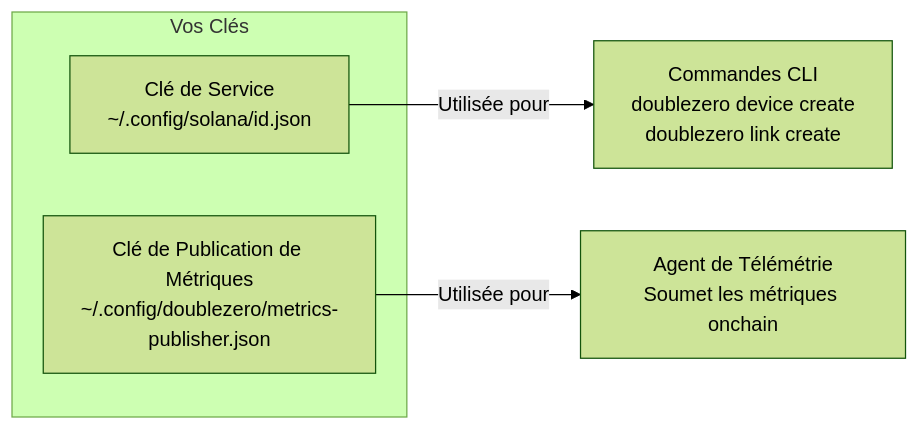
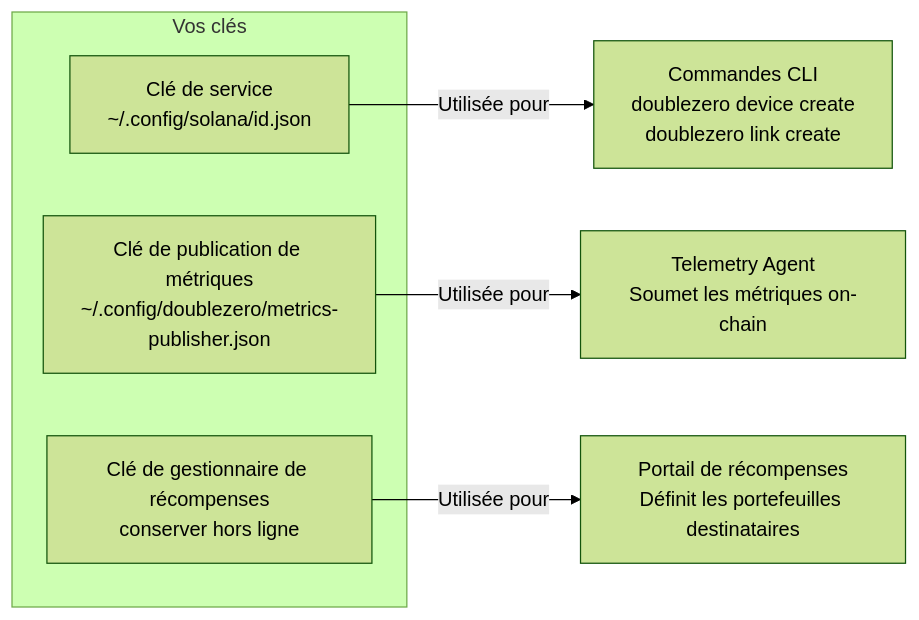
The fourth of 9 diagrams in docs/contribute-provisioning.fr.md (malbeclabs/docs), drawn with Mermaid (forest theme) before and after one commit. The commit also changed other lines of this file and 34 other files, not shown here.

````diff
--- a/docs/contribute-provisioning.fr.md
+++ b/docs/contribute-provisioning.fr.md
@@ -166,10 +208,12 @@
 ```mermaid
 flowchart LR
-    subgraph "Vos Clés"
-        SK[Clé de Service<br/>~/.config/solana/id.json]
-        MK[Clé de Publication de Métriques<br/>~/.config/doublezero/metrics-publisher.json]
+    subgraph "Vos clés"
+        SK[Clé de service<br/>~/.config/solana/id.json]
+        MK[Clé de publication de métriques<br/>~/.config/doublezero/metrics-publisher.json]
+        RK[Clé de gestionnaire de récompenses<br/>conserver hors ligne]
     end
 
     SK -->|Utilisée pour| CLI[Commandes CLI<br/>doublezero device create<br/>doublezero link create]
-    MK -->|Utilisée pour| TEL[Agent de Télémétrie<br/>Soumet les métriques onchain]
+    MK -->|Utilisée pour| TEL[Telemetry Agent<br/>Soumet les métriques on-chain]
+    RK -->|Utilisée pour| REW[Portail de récompenses<br/>Définit les portefeuilles destinataires]
 ```
````
